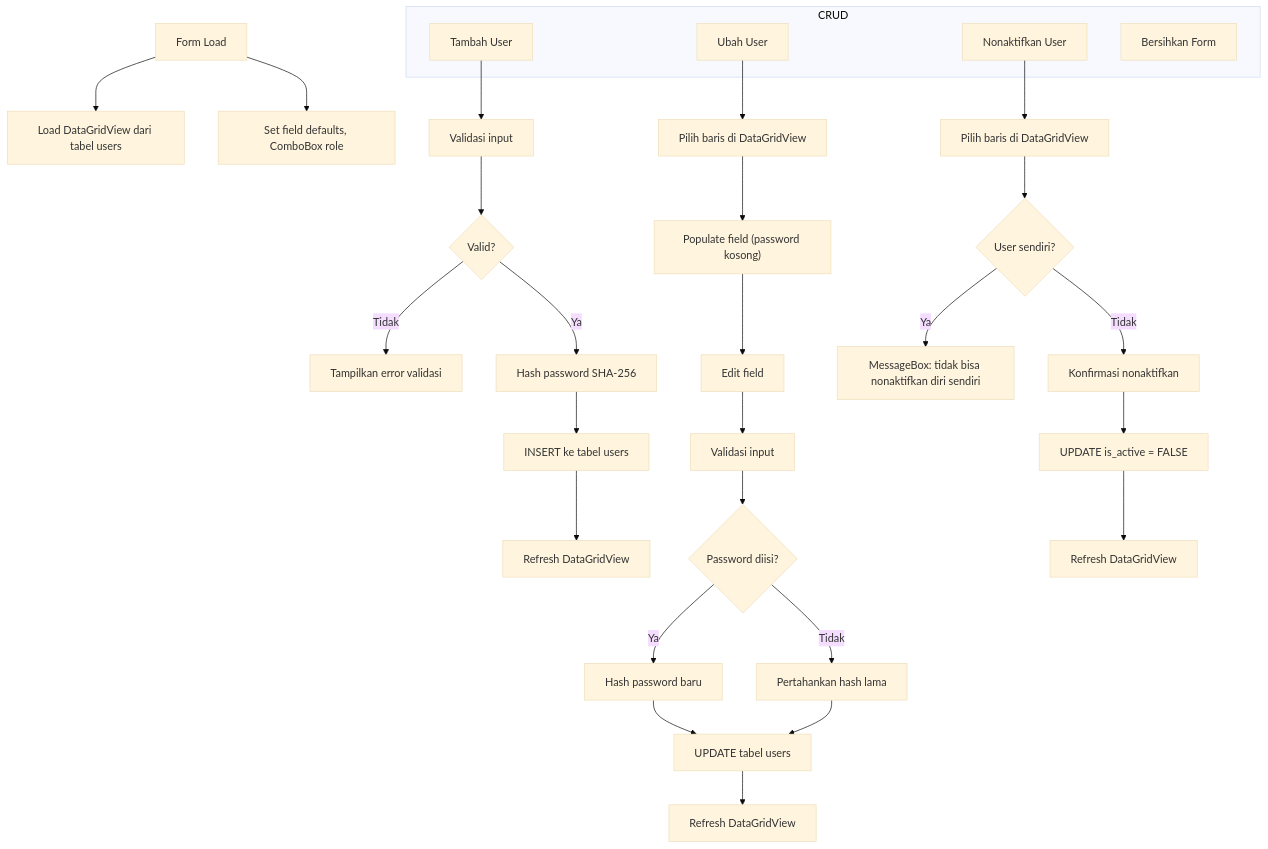
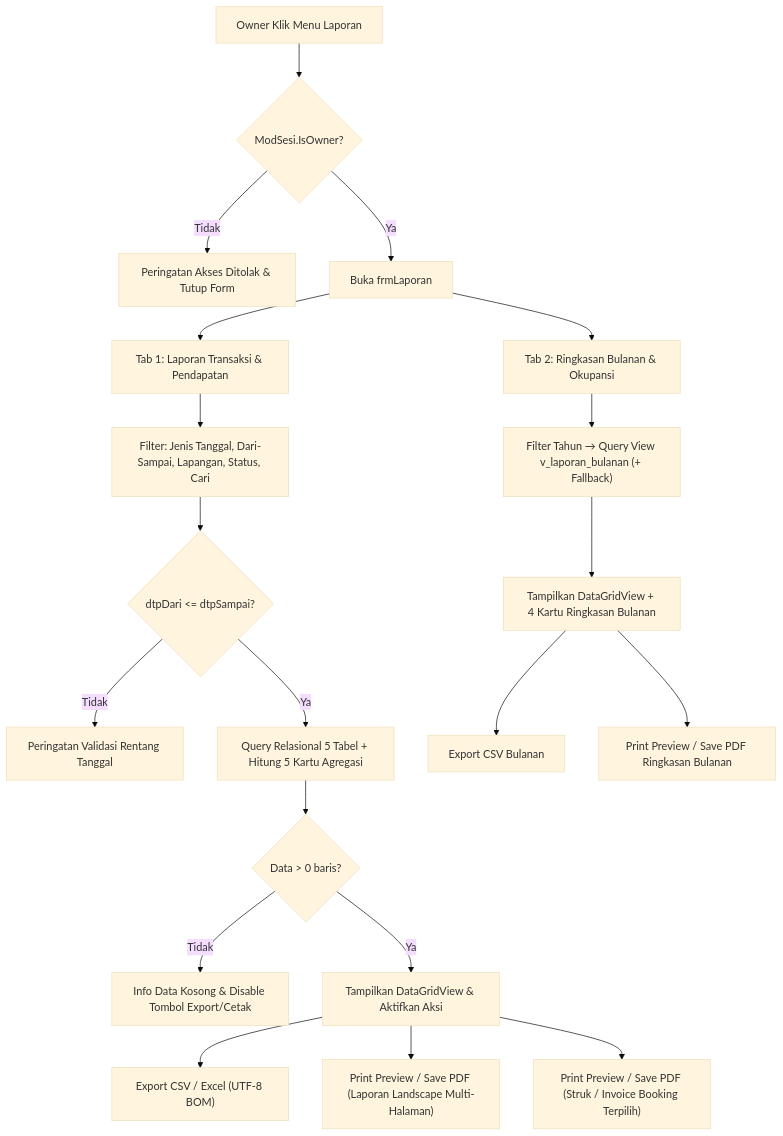
The fourth of 4 diagrams in .ai/APP-FLOW.md (Alfar0nt/SIPELA-Sistem-Informasi-Pemesanan-Arung-Futsal), drawn with Mermaid (base theme) before and after one commit. The commit also changed other lines of this file and 16 other files, not shown here.

Commit message:
feat(week12): implement owner-only reporting form, CSV export, PDF print preview, MySQL 8 fix, and updated docs

````diff
--- a/.ai/APP-FLOW.md
+++ b/.ai/APP-FLOW.md
@@ -158,37 +107,25 @@
 ```mermaid
 flowchart TD
-    A["Form Load"] --> B["Load DataGridView dari tabel users"]
-    A --> C["Set field defaults, ComboBox role"]
-    
-    subgraph CRUD
-        D["Tambah User"]
-        E["Ubah User"]
-        F["Nonaktifkan User"]
-        G["Bersihkan Form"]
-    end
-    
-    D --> D1["Validasi input"]
-    D1 --> D2{"Valid?"}
-    D2 -->|Tidak| D3["Tampilkan error validasi"]
-    D2 -->|Ya| D4["Hash password SHA-256"]
-    D4 --> D5["INSERT ke tabel users"]
-    D5 --> D6["Refresh DataGridView"]
-    
-    E --> E1["Pilih baris di DataGridView"]
-    E1 --> E2["Populate field (password kosong)"]
-    E2 --> E3["Edit field"]
-    E3 --> E4["Validasi input"]
-    E4 --> E5{"Password diisi?"}
-    E5 -->|Ya| E6["Hash password baru"]
-    E5 -->|Tidak| E7["Pertahankan hash lama"]
-    E6 --> E8["UPDATE tabel users"]
-    E7 --> E8
-    E8 --> E9["Refresh DataGridView"]
-    
-    F --> F1["Pilih baris di DataGridView"]
-    F1 --> F2{"User sendiri?"}
-    F2 -->|Ya| F3["MessageBox: tidak bisa nonaktifkan diri sendiri"]
-    F2 -->|Tidak| F4["Konfirmasi nonaktifkan"]
-    F4 --> F5["UPDATE is_active = FALSE"]
-    F5 --> F6["Refresh DataGridView"]
+    A["Owner Klik Menu Laporan"] --> B{"ModSesi.IsOwner?"}
+    B -->|Tidak| C["Peringatan Akses Ditolak & Tutup Form"]
+    B -->|Ya| D["Buka frmLaporan"]
+
+    D --> T1["Tab 1: Laporan Transaksi & Pendapatan"]
+    D --> T2["Tab 2: Ringkasan Bulanan & Okupansi"]
+
+    T1 --> F1["Filter: Jenis Tanggal, Dari-Sampai, Lapangan, Status, Cari"]
+    F1 --> V1{"dtpDari <= dtpSampai?"}
+    V1 -->|Tidak| E1["Peringatan Validasi Rentang Tanggal"]
+    V1 -->|Ya| Q1["Query Relasional 5 Tabel + Hitung 5 Kartu Agregasi"]
+    Q1 --> R1{"Data > 0 baris?"}
+    R1 -->|Tidak| Z1["Info Data Kosong & Disable Tombol Export/Cetak"]
+    R1 -->|Ya| A1["Tampilkan DataGridView & Aktifkan Aksi"]
+    A1 --> EX1["Export CSV / Excel (UTF-8 BOM)"]
+    A1 --> PR1["Print Preview / Save PDF (Laporan Landscape Multi-Halaman)"]
+    A1 --> ST1["Print Preview / Save PDF (Struk / Invoice Booking Terpilih)"]
+
+    T2 --> F2["Filter Tahun → Query View v_laporan_bulanan (+ Fallback)"]
+    F2 --> A2["Tampilkan DataGridView + 4 Kartu Ringkasan Bulanan"]
+    A2 --> EX2["Export CSV Bulanan"]
+    A2 --> PR2["Print Preview / Save PDF Ringkasan Bulanan"]
 ```
````
